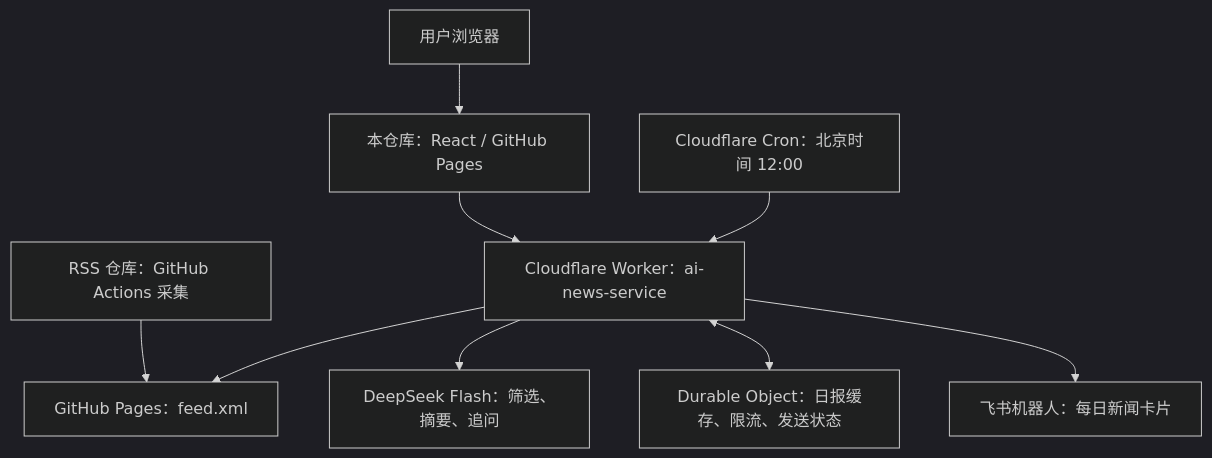
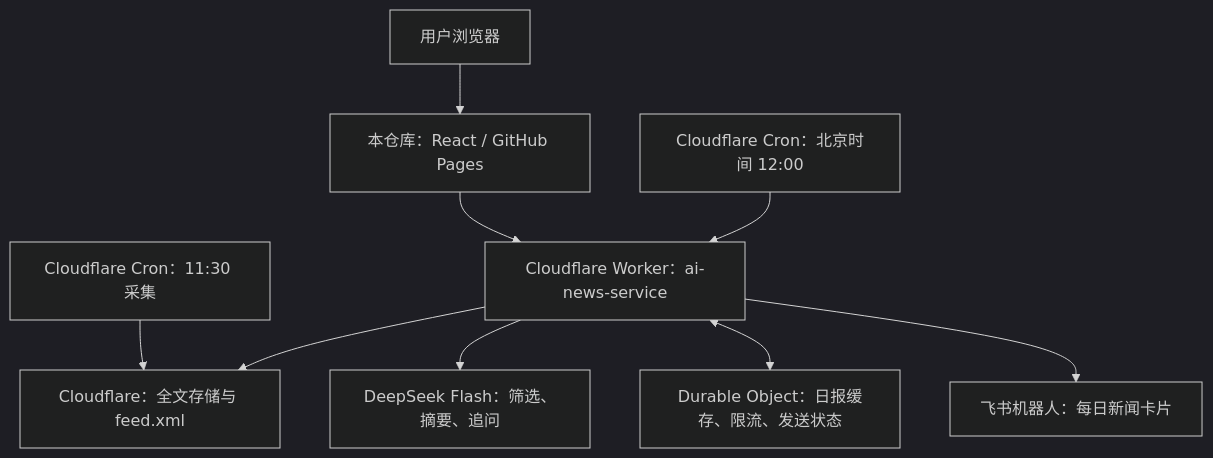
The diagram in README.md (Yhao-L/ai-news-assistant), drawn with Mermaid (dark theme) before and after one commit. The commit also changed other lines of this file, not shown here.

Commit message:
docs: document Cloudflare RSS collection schedule and endpoint

````diff
--- a/README.md
+++ b/README.md
@@ -44,11 +44,11 @@
 ```mermaid
 flowchart TD
-    S["RSS 仓库：GitHub Actions 采集"] --> R["GitHub Pages：feed.xml"]
+    S["Cloudflare Cron：11:30 采集"] --> R["Cloudflare：全文存储与 feed.xml"]
     U["用户浏览器"] --> F["本仓库：React / GitHub Pages"]
     F --> W["Cloudflare Worker：ai-news-service"]
     T["Cloudflare Cron：北京时间 12:00"] --> W
     W --> R
     W --> L["DeepSeek Flash：筛选、摘要、追问"]
     W <--> D["Durable Object：日报缓存、限流、发送状态"]
     W --> B["飞书机器人：每日新闻卡片"]
 ```
````
